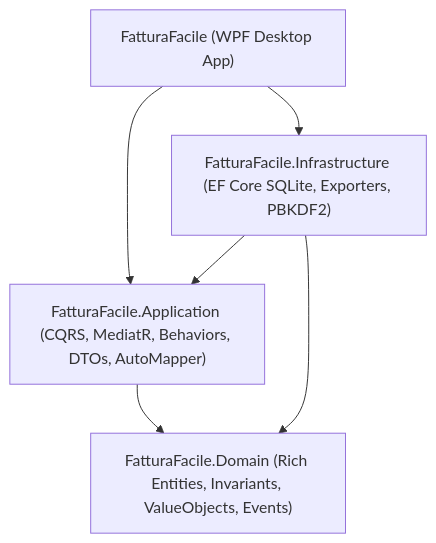
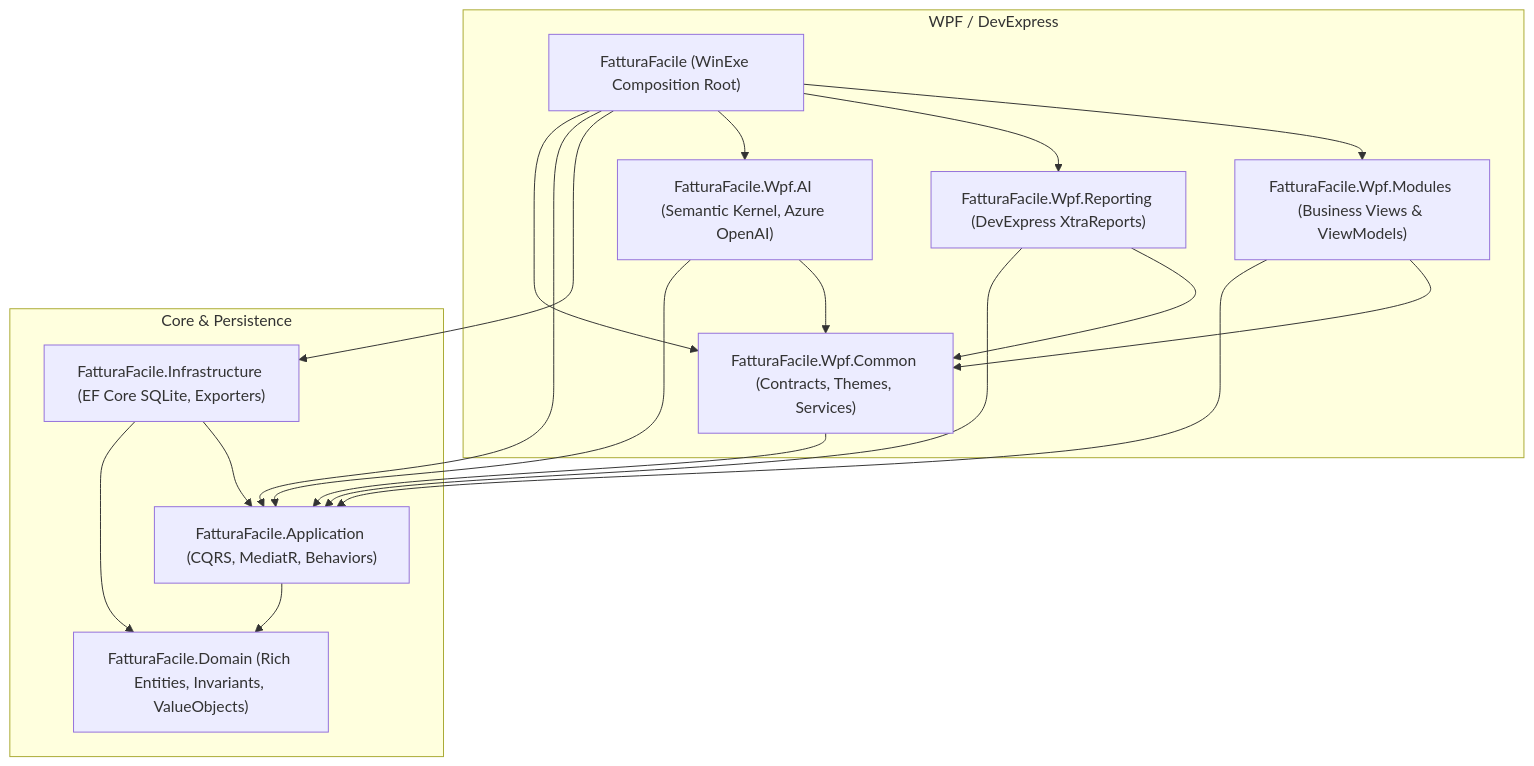
Before and after one commit to FatturaFacile/desktop: the diagram in README.md, drawn with Mermaid. The commit also changed other lines of this file and 791 other files, not shown here.

````diff
--- a/README.md
+++ b/README.md
@@ -20,13 +21,35 @@
 ```mermaid
 graph TD
-    UI["FatturaFacile (WPF Desktop App)"]
-    INFRA["FatturaFacile.Infrastructure (EF Core SQLite, Exporters, PBKDF2)"]
-    APP["FatturaFacile.Application (CQRS, MediatR, Behaviors, DTOs, AutoMapper)"]
-    DOM["FatturaFacile.Domain (Rich Entities, Invariants, ValueObjects, Events)"]
+    subgraph Presentation Layer [WPF / DevExpress]
+        SHELL["FatturaFacile (WinExe Composition Root)"]
+        COMMON["FatturaFacile.Wpf.Common (Contracts, Themes, Services)"]
+        MOD["FatturaFacile.Wpf.Modules (Business Views & ViewModels)"]
+        REP["FatturaFacile.Wpf.Reporting (DevExpress XtraReports)"]
+        AI["FatturaFacile.Wpf.AI (Semantic Kernel, Azure OpenAI)"]
+    end
 
-    UI --> APP
-    UI --> INFRA
+    subgraph Core & Persistence
+        INFRA["FatturaFacile.Infrastructure (EF Core SQLite, Exporters)"]
+        APP["FatturaFacile.Application (CQRS, MediatR, Behaviors)"]
+        DOM["FatturaFacile.Domain (Rich Entities, Invariants, ValueObjects)"]
+    end
+
+    SHELL --> MOD
+    SHELL --> REP
+    SHELL --> AI
+    SHELL --> INFRA
+    SHELL --> APP
+    SHELL --> COMMON
+
+    MOD --> COMMON
+    MOD --> APP
+    REP --> COMMON
+    REP --> APP
+    AI --> COMMON
+    AI --> APP
+    COMMON --> APP
+
     INFRA --> APP
     INFRA --> DOM
     APP --> DOM
 ```
````
